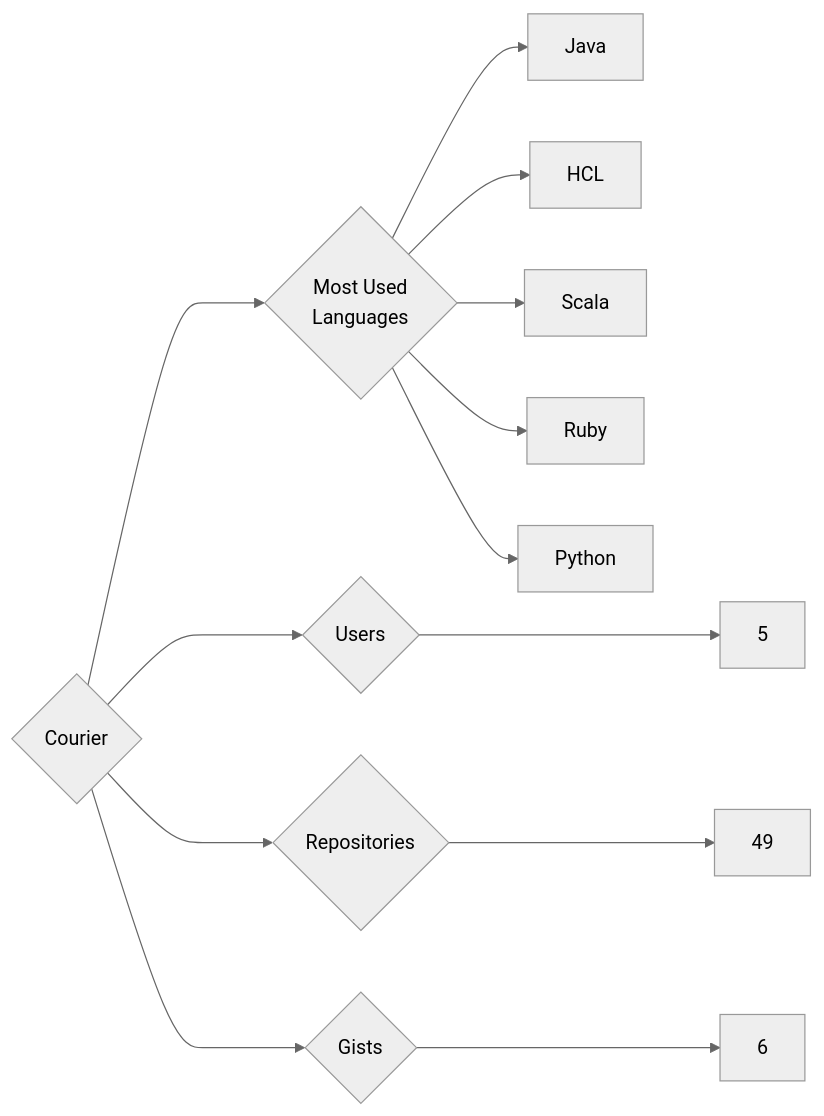
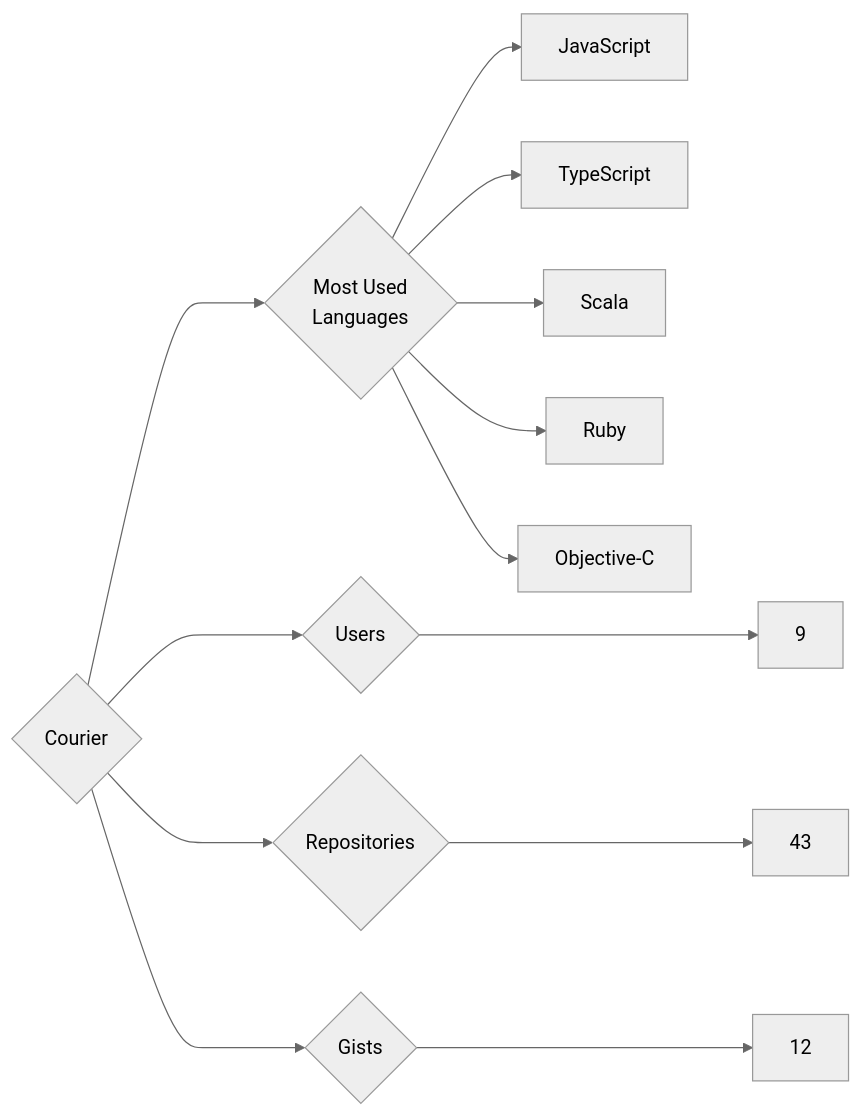
One commit to trickest/insiders changed the diagram in targets/Courier/README.md. Above: the diagram before and after it, drawn with Mermaid (neutral theme). The commit also changed 1089 other files, not shown here.

````diff
--- a/targets/Courier/README.md
+++ b/targets/Courier/README.md
@@ -3,13 +3,13 @@
 ```mermaid
 graph LR
 COMPANY_NAME{Courier}
-COMPANY_NAME ---> U{Users} ---> UN[5]
-COMPANY_NAME ---> R{Repositories} ---> RN[49]
-COMPANY_NAME ---> G{Gists} ---> GN[6]
+COMPANY_NAME ---> U{Users} ---> UN[9]
+COMPANY_NAME ---> R{Repositories} ---> RN[43]
+COMPANY_NAME ---> G{Gists} ---> GN[12]
 COMPANY_NAME ---> ML{Most Used<br>Languages}
-ML --> Java[Java]
-ML --> HCL[HCL]
+ML --> JavaScript[JavaScript]
+ML --> TypeScript[TypeScript]
 ML --> Scala[Scala]
 ML --> Ruby[Ruby]
-ML --> Python[Python]
+ML --> Objective-C[Objective-C]
 ```
````
